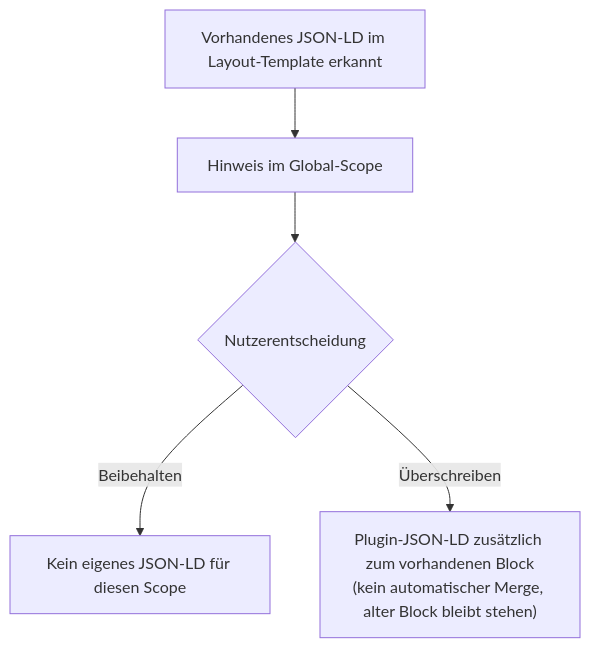
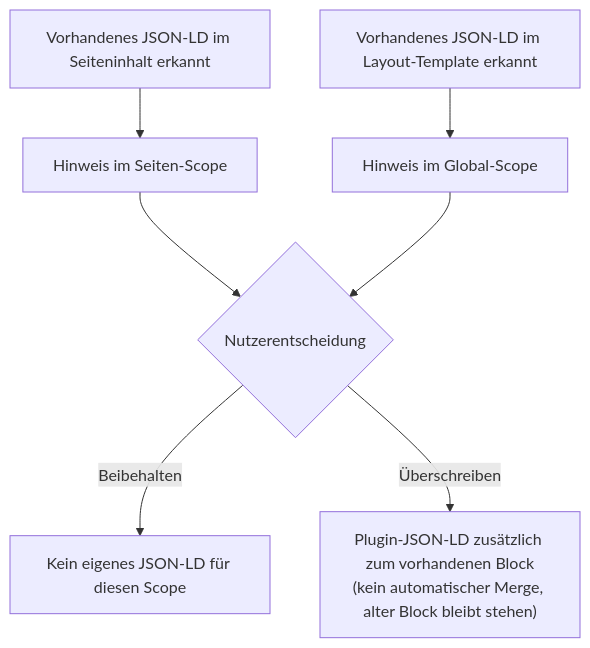
Before and after one commit to bernhardunger/moziloCMS_schemaOrgData_plugin: the second of 2 diagrams in docs/import.md, drawn with Mermaid. The commit also changed other lines of this file and 4 other files, not shown here.

````diff
--- a/docs/import.md
+++ b/docs/import.md
@@ -96,7 +108,9 @@
 ```mermaid
 flowchart TD
     A["Vorhandenes JSON-LD im Layout-Template erkannt"] --> C["Hinweis im Global-Scope"]
+    A2["Vorhandenes JSON-LD im Seiteninhalt erkannt"] --> C2["Hinweis im Seiten-Scope"]
+    C2 --> E
     C --> E{"Nutzerentscheidung"}
     E -->|Beibehalten| F["Kein eigenes JSON-LD für diesen Scope"]
     E -->|Überschreiben| G["Plugin-JSON-LD zusätzlich zum vorhandenen Block<br/>(kein automatischer Merge, alter Block bleibt stehen)"]
 ```
````
